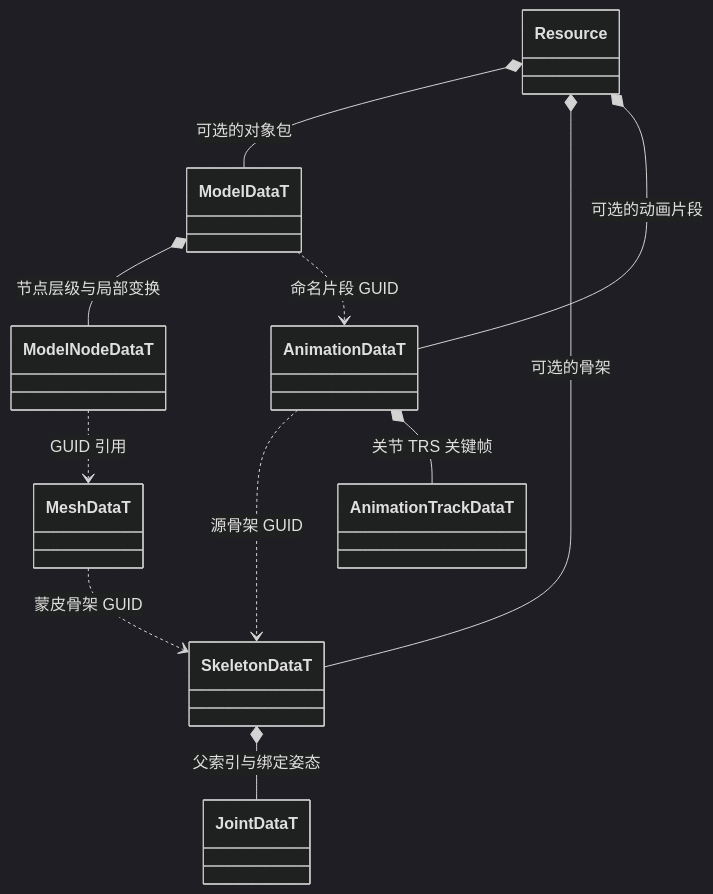
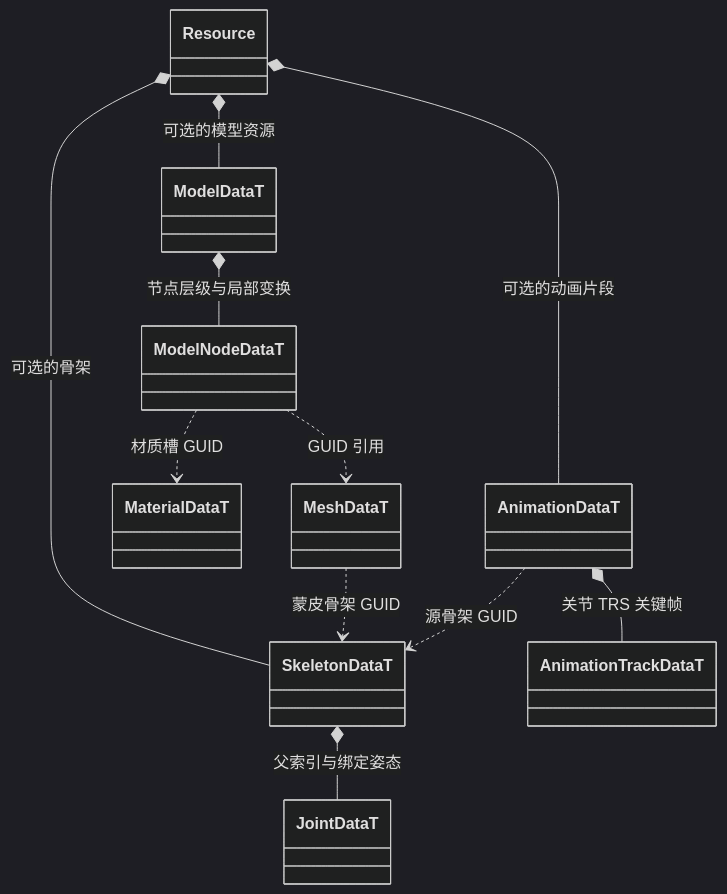
The first of 5 diagrams in docs/runtime/class-diagrams/model-resources.md (lcals/Engine), drawn with Mermaid (dark theme) before and after one commit. The commit also changed other lines of this file and 2455 other files, not shown here.

````diff
--- a/docs/runtime/class-diagrams/model-resources.md
+++ b/docs/runtime/class-diagrams/model-resources.md
@@ -7,21 +9,22 @@
 ```mermaid
 classDiagram
     class Resource
     class ModelDataT
     class ModelNodeDataT
     class MeshDataT
+    class MaterialDataT
     class SkeletonDataT
     class JointDataT
     class AnimationDataT
     class AnimationTrackDataT
-    Resource *-- ModelDataT : 可选的对象包
+    Resource *-- ModelDataT : 可选的模型资源
     Resource *-- SkeletonDataT : 可选的骨架
     Resource *-- AnimationDataT : 可选的动画片段
     ModelDataT *-- ModelNodeDataT : 节点层级与局部变换
     ModelNodeDataT ..> MeshDataT : GUID 引用
-    ModelDataT ..> AnimationDataT : 命名片段 GUID
+    ModelNodeDataT ..> MaterialDataT : 材质槽 GUID
     MeshDataT ..> SkeletonDataT : 蒙皮骨架 GUID
     SkeletonDataT *-- JointDataT : 父索引与绑定姿态
     AnimationDataT ..> SkeletonDataT : 源骨架 GUID
     AnimationDataT *-- AnimationTrackDataT : 关节 TRS 关键帧
 ```
````
